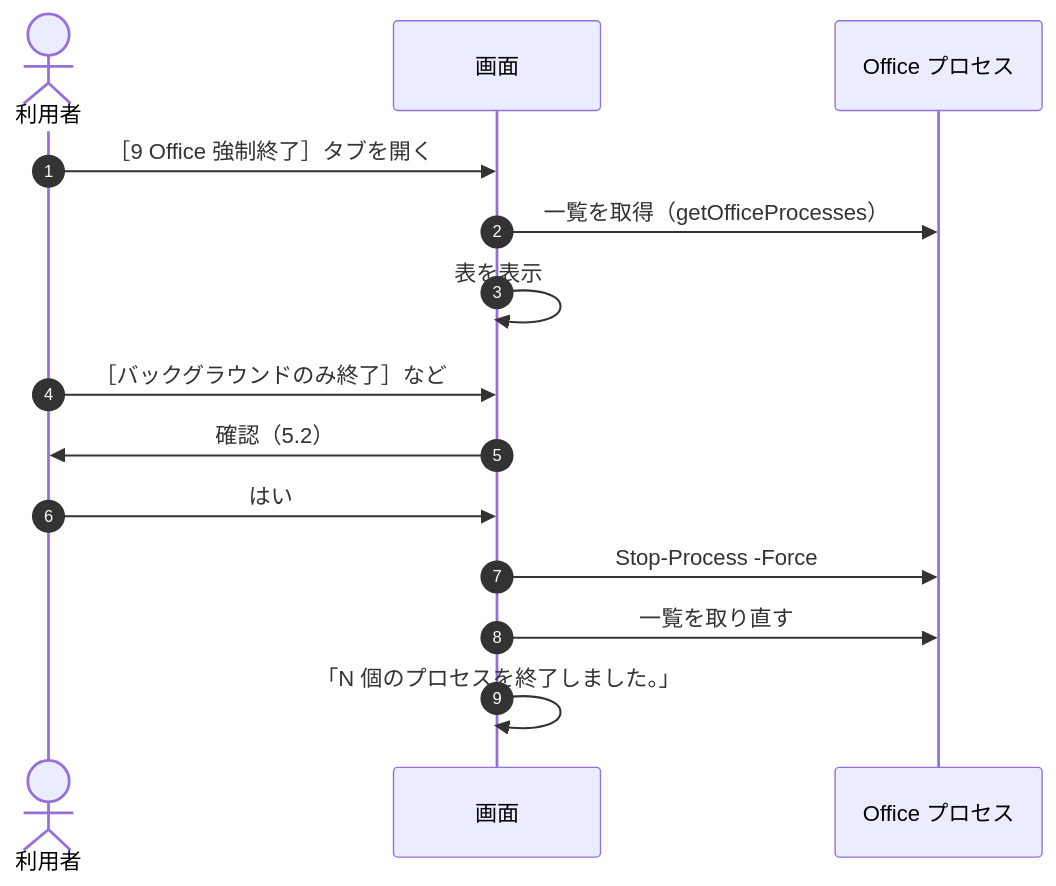
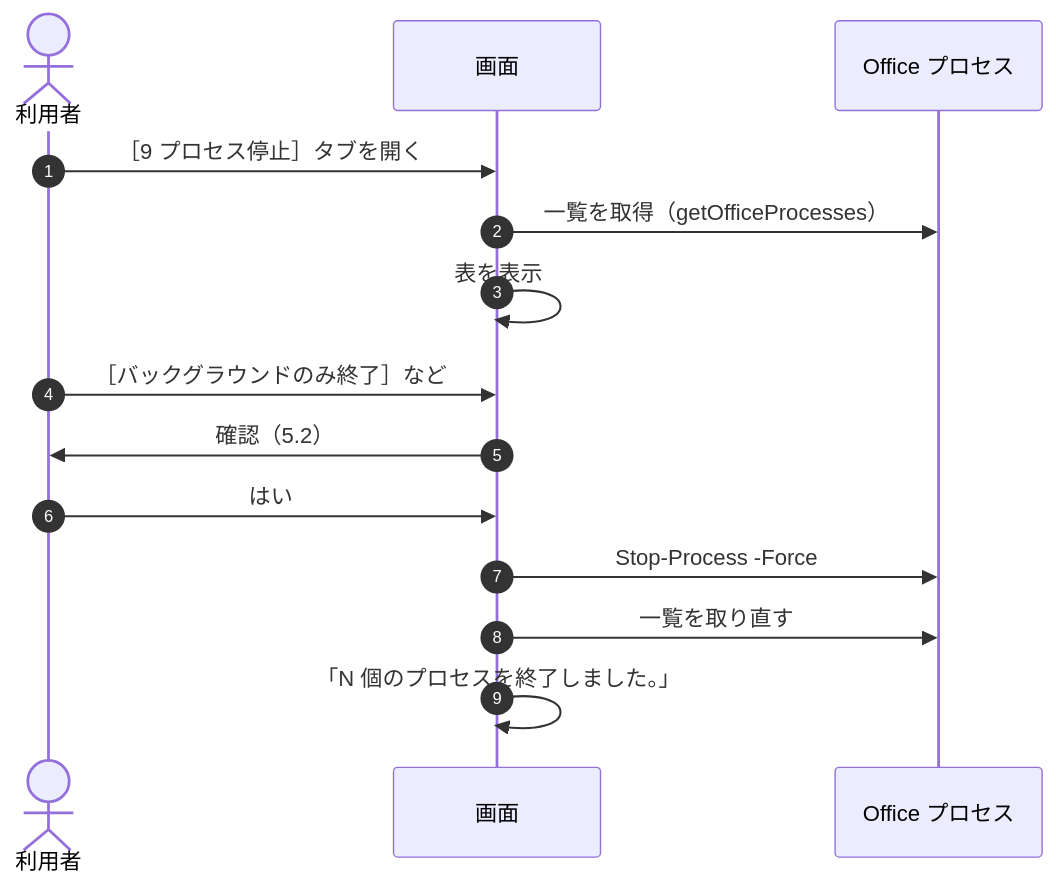
Before and after one commit to hsgwa/tebunko: the fourth of 4 diagrams in docs/03_画面_4_状態と操作の流れ.md, drawn with Mermaid. The commit also changed other lines of this file and 27 other files, not shown here.

````diff
--- a/docs/03_画面_4_状態と操作の流れ.md
+++ b/docs/03_画面_4_状態と操作の流れ.md
@@ -116,17 +114,17 @@
 ```mermaid
 sequenceDiagram
     autonumber
     actor U as 利用者
     participant G as 画面
     participant O as Office プロセス
 
-    U->>G: ［9 Office 強制終了］タブを開く
+    U->>G: ［9 プロセス停止］タブを開く
     G->>O: 一覧を取得（getOfficeProcesses）
     G->>G: 表を表示
     U->>G: ［バックグラウンドのみ終了］など
     G->>U: 確認（5.2）
     U->>G: はい
     G->>O: Stop-Process -Force
     G->>O: 一覧を取り直す
     G->>G: 「N 個のプロセスを終了しました。」
 ```
````
